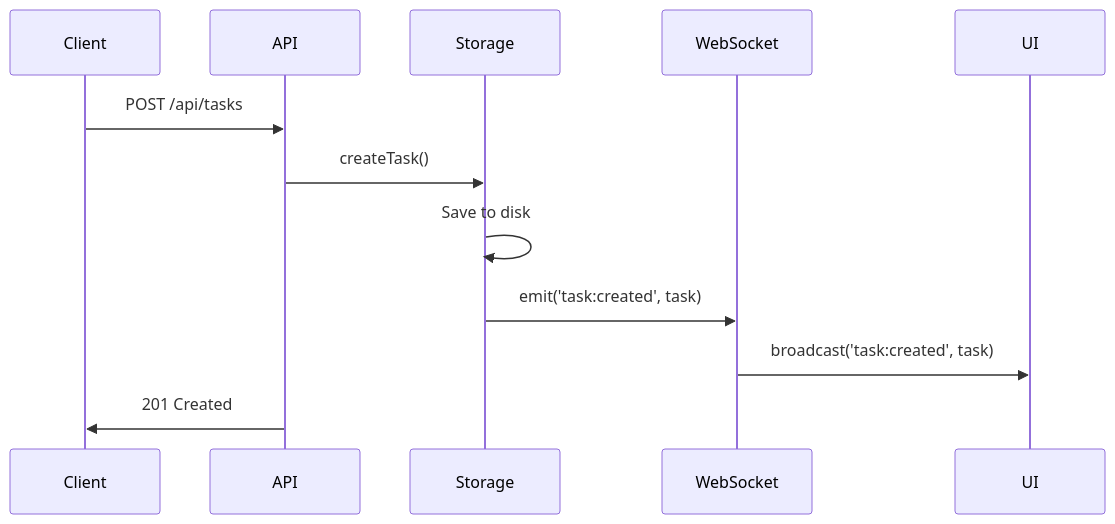
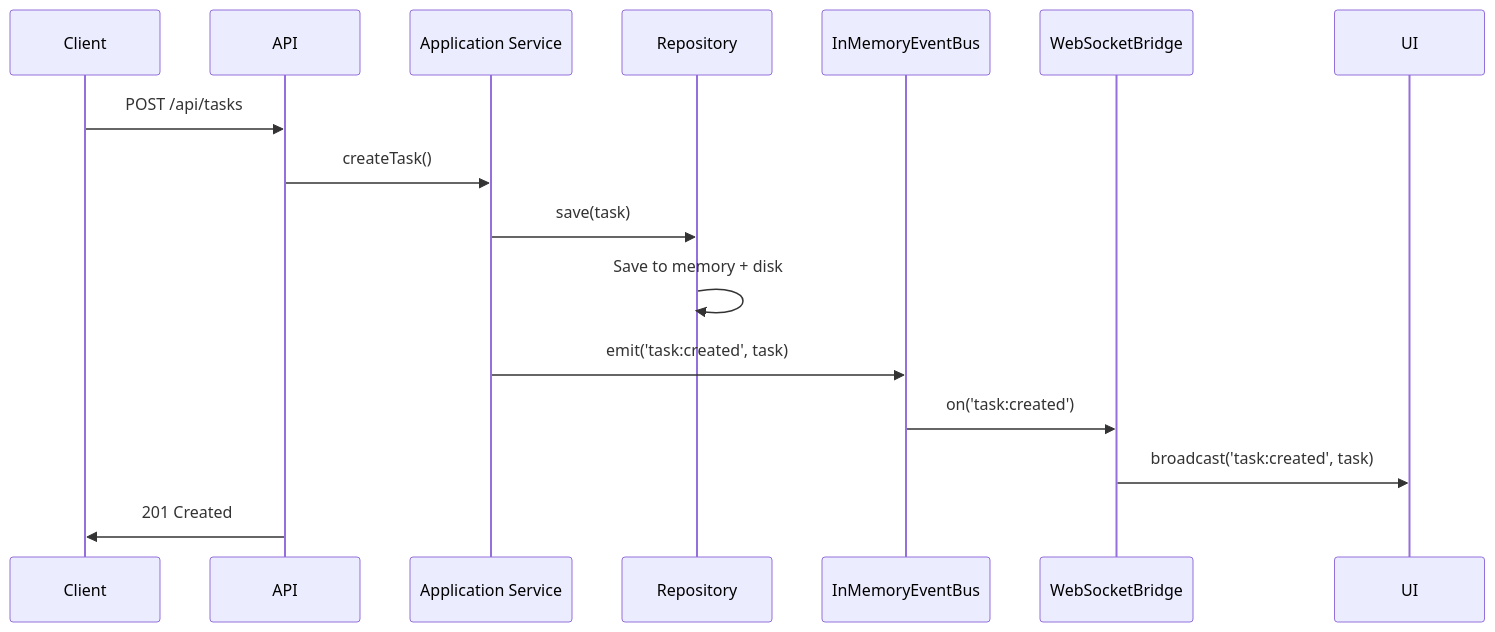
Before and after one commit to raghavared/agent-maestro: the second of 4 diagrams in maestro-server/spec/04-WEBSOCKET-SPECIFICATION.md, drawn with Mermaid. The commit also changed other lines of this file and 37 other files, not shown here.

````diff
--- a/maestro-server/spec/04-WEBSOCKET-SPECIFICATION.md
+++ b/maestro-server/spec/04-WEBSOCKET-SPECIFICATION.md
@@ -735,15 +714,19 @@
 ```mermaid
 sequenceDiagram
     participant Client
     participant API
-    participant Storage
-    participant WebSocket
+    participant Service as Application Service
+    participant Repo as Repository
+    participant EventBus as InMemoryEventBus
+    participant Bridge as WebSocketBridge
     participant UI
 
     Client->>API: POST /api/tasks
-    API->>Storage: createTask()
-    Storage->>Storage: Save to disk
-    Storage->>WebSocket: emit('task:created', task)
-    WebSocket->>UI: broadcast('task:created', task)
+    API->>Service: createTask()
+    Service->>Repo: save(task)
+    Repo->>Repo: Save to memory + disk
+    Service->>EventBus: emit('task:created', task)
+    EventBus->>Bridge: on('task:created')
+    Bridge->>UI: broadcast('task:created', task)
     API->>Client: 201 Created
 ```
````
